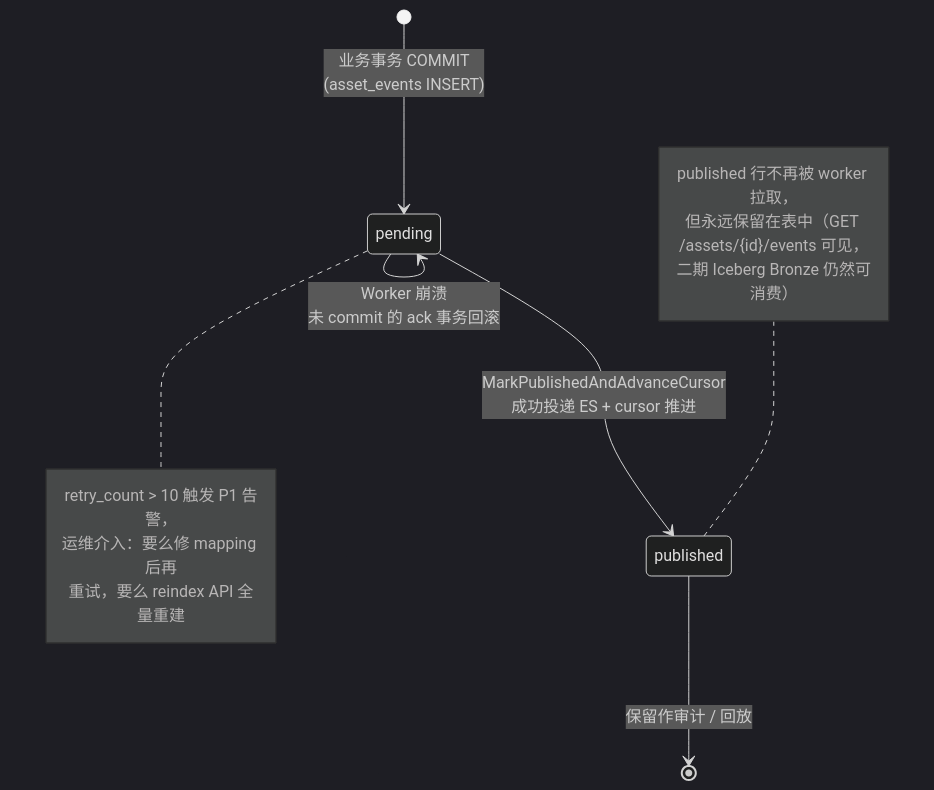
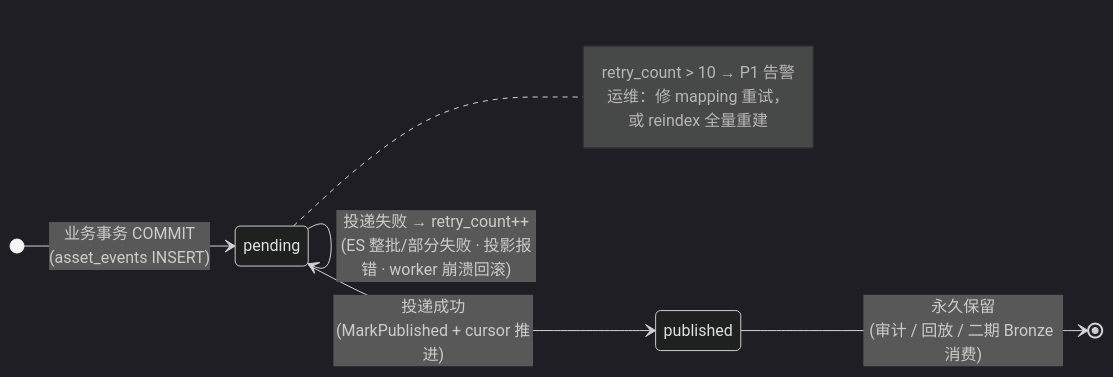
Before and after one commit to rouse2617/Databricks4robot: the fourth of 4 diagrams in docs/review/outbox-worker-design.md, drawn with Mermaid (dark theme). The commit also changed other lines of this file, not shown here.

First line of the commit message:
docs(outbox): trim mermaid diagrams and drop code-path references

````diff
--- a/docs/review/outbox-worker-design.md
+++ b/docs/review/outbox-worker-design.md
@@ -382,23 +321,15 @@
 ```mermaid
 stateDiagram-v2
+    direction LR
     [*] --> pending: 业务事务 COMMIT<br/>(asset_events INSERT)
 
-    pending --> pending: ES 整批失败<br/>retry_count++
-    pending --> pending: ES 部分失败 / 投影报错<br/>(本条仍未投递)<br/>retry_count++
-    pending --> pending: Worker 崩溃<br/>未 commit 的 ack 事务回滚
+    pending --> pending: 投递失败 → retry_count++<br/>(ES 整批/部分失败 · 投影报错 · worker 崩溃回滚)
+    pending --> published: 投递成功<br/>(MarkPublished + cursor 推进)
 
-    pending --> published: MarkPublishedAndAdvanceCursor<br/>成功投递 ES + cursor 推进
-
-    published --> [*]: 保留作审计 / 回放
-    note left of published
-        published 行不再被 worker 拉取，
-        但永远保留在表中（GET /assets/{id}/events 可见，
-        二期 Iceberg Bronze 仍然可消费）
-    end note
+    published --> [*]: 永久保留<br/>(审计 / 回放 / 二期 Bronze 消费)
 
     note right of pending
-        retry_count > 10 触发 P1 告警，
-        运维介入：要么修 mapping 后再
-        重试，要么 reindex API 全量重建
+        retry_count > 10 → P1 告警
+        运维：修 mapping 重试，或 reindex 全量重建
     end note
 ```
````
